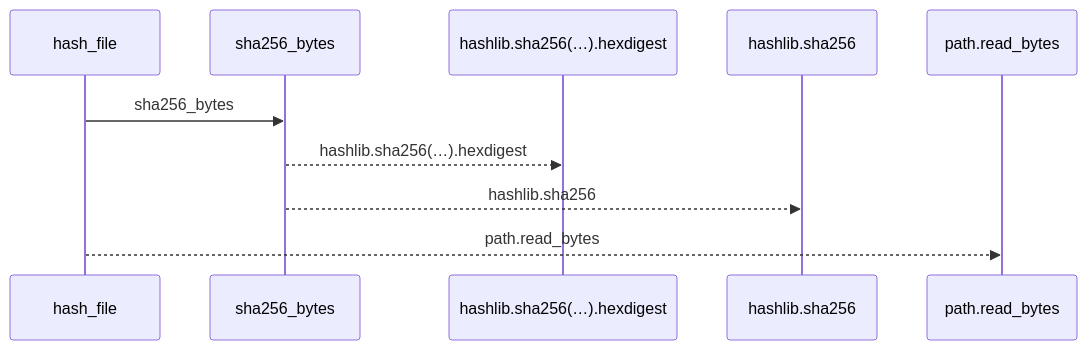
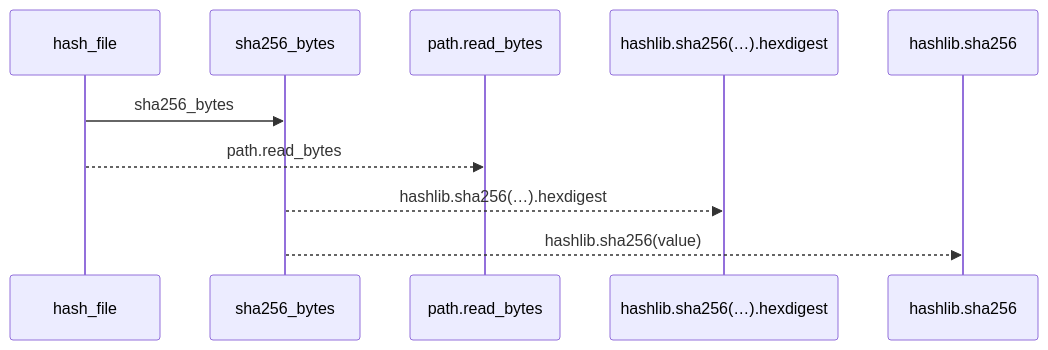
The first of 2 diagrams in docs/llm_wiki/flows/api-hash_file-knowledge_evidence.md (Denissvgn/python-wiki-llm), drawn with Mermaid before and after one commit. The commit also changed other lines of this file and 1410 other files, not shown here.

````diff
--- a/docs/llm_wiki/flows/api-hash_file-knowledge_evidence.md
+++ b/docs/llm_wiki/flows/api-hash_file-knowledge_evidence.md
@@ -10,12 +12,12 @@
 ```mermaid
 sequenceDiagram
     participant p0 as hash_file
     participant p1 as sha256_bytes
-    participant p2 as hashlib.sha256(…).hexdigest
-    participant p3 as hashlib.sha256
-    participant p4 as path.read_bytes
+    participant p2 as path.read_bytes
+    participant p3 as hashlib.sha256(…).hexdigest
+    participant p4 as hashlib.sha256
     p0->>p1: sha256_bytes
-    p1-->>p2: hashlib.sha256(…).hexdigest
-    p1-->>p3: hashlib.sha256
-    p0-->>p4: path.read_bytes
+    p0-->>p2: path.read_bytes
+    p1-->>p3: hashlib.sha256(…).hexdigest
+    p1-->>p4: hashlib.sha256(value)
 ```
````
